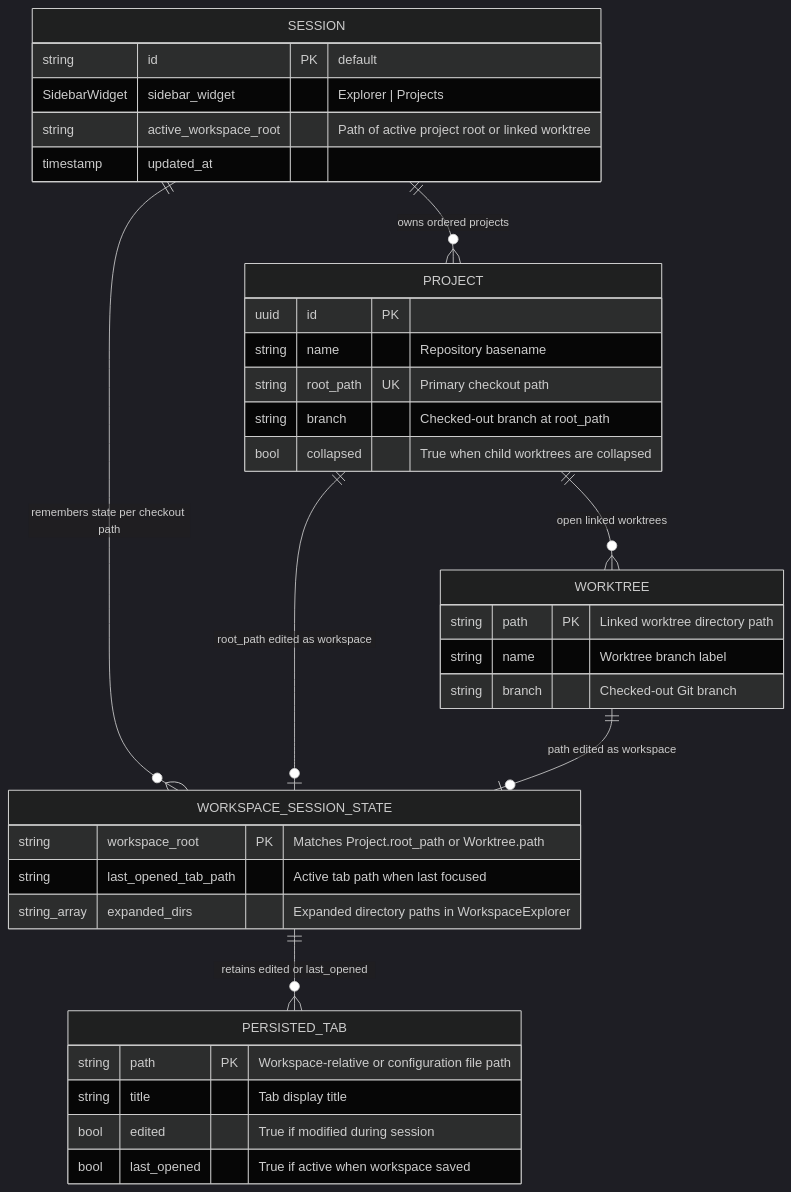
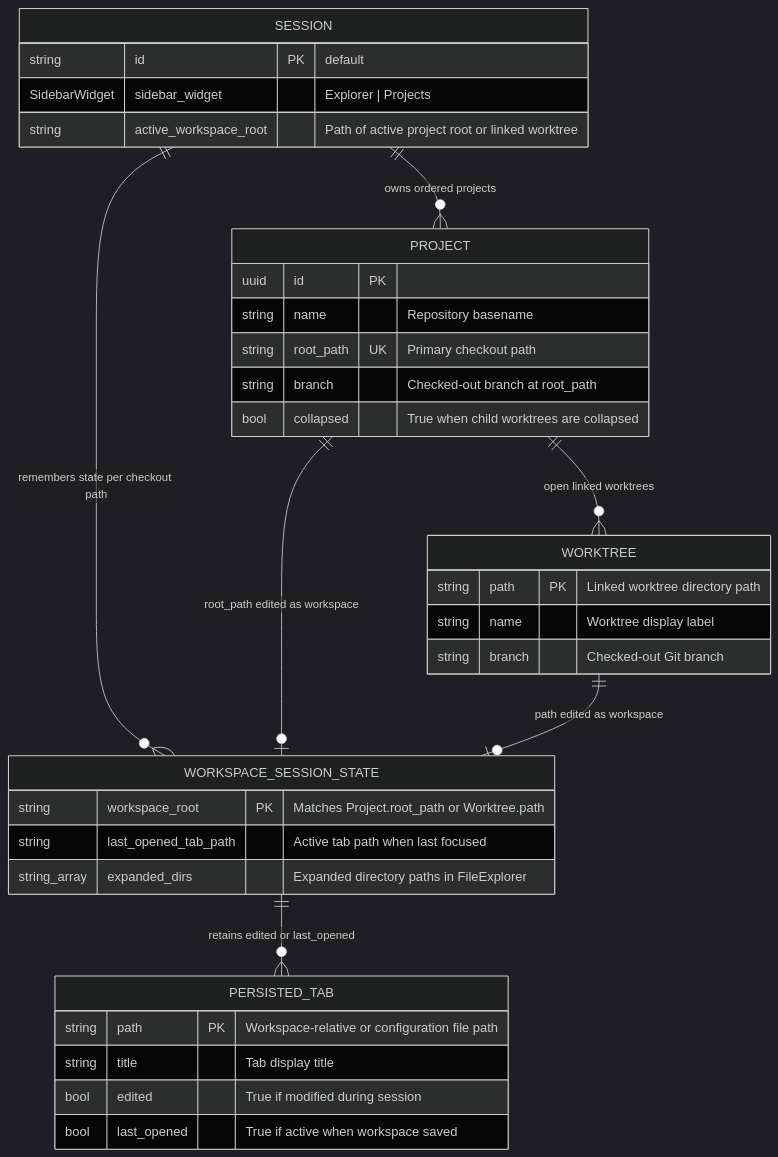
Before and after one commit to difflab-io/lgtm: the second of 4 diagrams in docs/architecture/session/index.md, drawn with Mermaid (dark theme). The commit also changed other lines of this file and 17 other files, not shown here.

````diff
--- a/docs/architecture/session/index.md
+++ b/docs/architecture/session/index.md
@@ -60,43 +65,42 @@
 ```mermaid
 erDiagram
     SESSION ||--o{ PROJECT : "owns ordered projects"
     SESSION ||--o{ WORKSPACE_SESSION_STATE : "remembers state per checkout path"
     PROJECT ||--o{ WORKTREE : "open linked worktrees"
     PROJECT ||--o| WORKSPACE_SESSION_STATE : "root_path edited as workspace"
     WORKTREE ||--o| WORKSPACE_SESSION_STATE : "path edited as workspace"
     WORKSPACE_SESSION_STATE ||--o{ PERSISTED_TAB : "retains edited or last_opened"
 
     SESSION {
         string id PK "default"
         SidebarWidget sidebar_widget "Explorer | Projects"
         string active_workspace_root "Path of active project root or linked worktree"
-        timestamp updated_at
     }
 
     PROJECT {
         uuid id PK
         string name "Repository basename"
         string root_path UK "Primary checkout path"
         string branch "Checked-out branch at root_path"
         bool collapsed "True when child worktrees are collapsed"
     }
 
     WORKTREE {
         string path PK "Linked worktree directory path"
-        string name "Worktree branch label"
+        string name "Worktree display label"
         string branch "Checked-out Git branch"
     }
 
     WORKSPACE_SESSION_STATE {
         string workspace_root PK "Matches Project.root_path or Worktree.path"
         string last_opened_tab_path "Active tab path when last focused"
-        string_array expanded_dirs "Expanded directory paths in WorkspaceExplorer"
+        string_array expanded_dirs "Expanded directory paths in FileExplorer"
     }
 
     PERSISTED_TAB {
         string path PK "Workspace-relative or configuration file path"
         string title "Tab display title"
         bool edited "True if modified during session"
         bool last_opened "True if active when workspace saved"
     }
 ```
````
